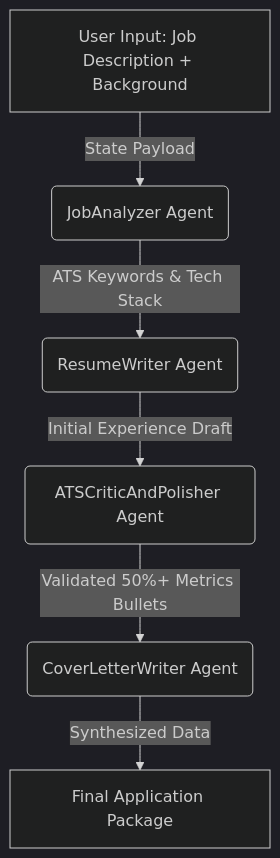
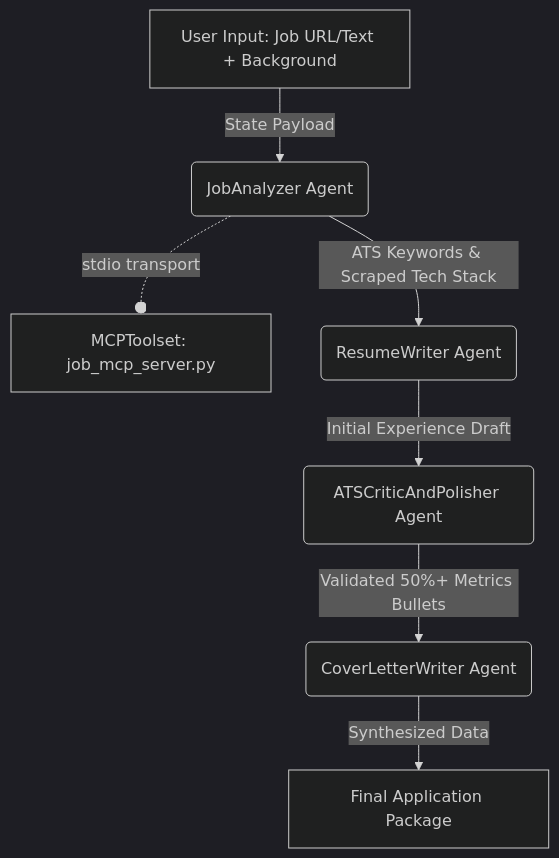
The diagram in README.md (keerthan-m-shetty/adk-agent-lab), drawn with Mermaid (dark theme) before and after one commit. The commit also changed other lines of this file and 1 other file, not shown here.

Commit message:
docs: add UI node graph image and live Doopic MCP execution example to README

````diff
--- a/README.md
+++ b/README.md
@@ -26,8 +30,9 @@
 ```mermaid
 graph TD
-    Input[User Input: Job Description + Background] -->|State Payload| A(JobAnalyzer Agent)
-    A -->|ATS Keywords & Tech Stack| B(ResumeWriter Agent)
+    Input[User Input: Job URL/Text + Background] -->|State Payload| A(JobAnalyzer Agent)
+    A -.-o|stdio transport| MCP[MCPToolset: job_mcp_server.py]
+    A -->|ATS Keywords & Scraped Tech Stack| B(ResumeWriter Agent)
     B -->|Initial Experience Draft| C(ATSCriticAndPolisher Agent)
     C -->|Validated 50%+ Metrics Bullets| D(CoverLetterWriter Agent)
     D -->|Synthesized Data| Output[Final Application Package]
 ```
````
